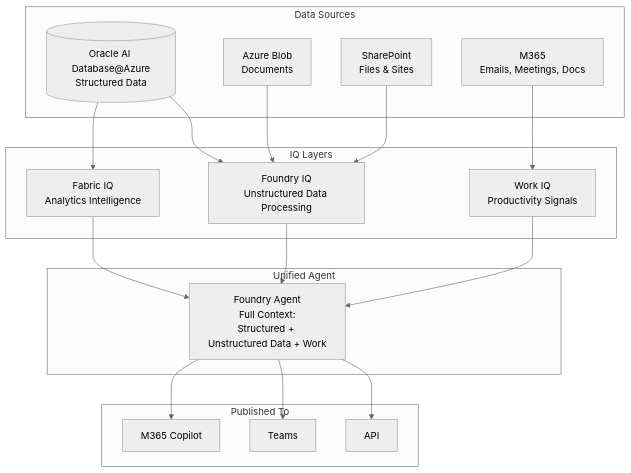
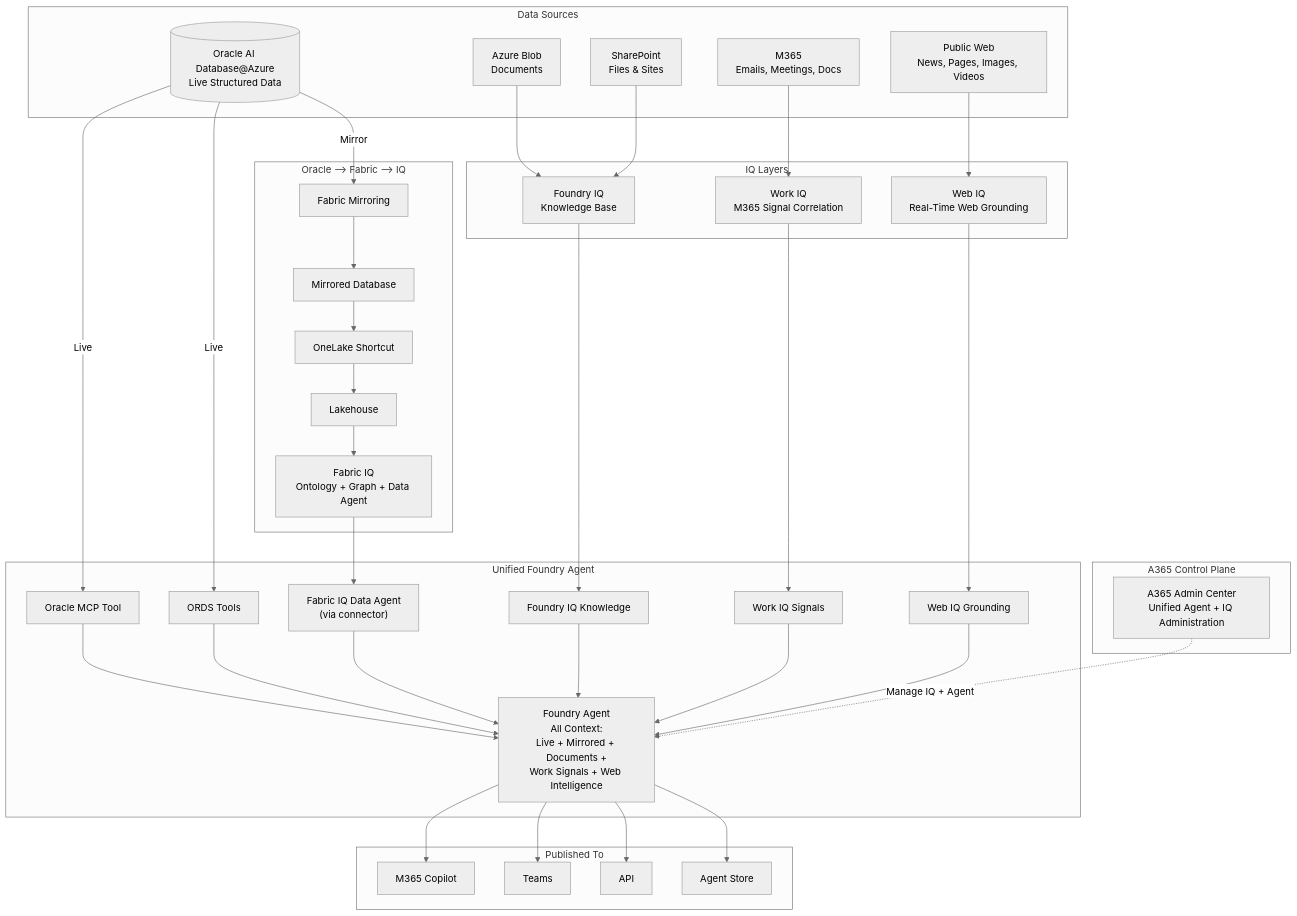
Diagram 19 of 19 in docs/02-reference-architectures.md (Azure/Oracle-AI-Database-at-Azure), drawn with Mermaid (neutral theme) before and after one commit. The commit also changed other lines of this file, not shown here.

Commit message:
Align reference architecture numbering and diagrams

````diff
--- a/docs/02-reference-architectures.md
+++ b/docs/02-reference-architectures.md
@@ -967,37 +1146,72 @@
 ```mermaid
 graph TB
  subgraph DataSources["Data Sources"]
- ORA[("Oracle AI Database@Azure<br/>Structured Data")]
+ ORA[("Oracle AI Database@Azure<br/>Live Structured Data")]
  BLOB["Azure Blob<br/>Documents"]
  SP["SharePoint<br/>Files & Sites"]
  M365D["M365<br/>Emails, Meetings, Docs"]
+ WEB["Public Web<br/>News, Pages, Images, Videos"]
+ end
+
+ subgraph MirrorPath["Oracle --> Fabric --> IQ"]
+ MIRROR["Fabric Mirroring"]
+ MDB["Mirrored Database"]
+ SC["OneLake Shortcut"]
+ LH["Lakehouse"]
+ FIQ["Fabric IQ<br/>Ontology + Graph + Data Agent"]
  end
 
  subgraph IQLayers["IQ Layers"]
- FIQ["Fabric IQ<br/>Analytics Intelligence"]
- FOIQ["Foundry IQ<br/>Unstructured Data Processing"]
- WIQ["Work IQ<br/>Productivity Signals"]
+ FOIQ["Foundry IQ<br/>Knowledge Base"]
+ WIQ["Work IQ<br/>M365 Signal Correlation"]
+ WEBIQ["Web IQ<br/>Real-Time Web Grounding"]
  end
 
- subgraph Agent["Unified Agent"]
- UA["Foundry Agent<br/>Full Context:<br/>Structured + Unstructured Data + Work"]
+ subgraph Agent["Unified Foundry Agent"]
+ UA["Foundry Agent<br/>All Context:<br/>Live + Mirrored + Documents +<br/>Work Signals + Web Intelligence"]
+ MCP_T["Oracle MCP Tool"]
+ ORDS_T["ORDS Tools"]
+ FIQ_T["Fabric IQ Data Agent<br/>(via connector)"]
+ IQ_K["Foundry IQ Knowledge"]
+ WIQ_S["Work IQ Signals"]
+ WEBIQ_T["Web IQ Grounding"]
  end
 
  subgraph Publish["Published To"]
  COP["M365 Copilot"]
  TEAMS["Teams"]
  API["API"]
+ STORE["Agent Store"]
  end
 
- ORA --> FIQ
- ORA --> FOIQ
+ subgraph Governance["A365 Control Plane"]
+ A365["A365 Admin Center<br/>Unified Agent + IQ Administration"]
+ end
+
+ ORA -->|Live| MCP_T
+ ORA -->|Live| ORDS_T
+ ORA -->|Mirror| MIRROR
+ MIRROR --> MDB
+ MDB --> SC
+ SC --> LH
+ LH --> FIQ
+ FIQ --> FIQ_T
  BLOB --> FOIQ
  SP --> FOIQ
+ FOIQ --> IQ_K
  M365D --> WIQ
- FIQ --> UA
- FOIQ --> UA
- WIQ --> UA
+ WIQ --> WIQ_S
+ WEB --> WEBIQ
+ WEBIQ --> WEBIQ_T
+ MCP_T --> UA
+ ORDS_T --> UA
+ FIQ_T --> UA
+ IQ_K --> UA
+ WIQ_S --> UA
+ WEBIQ_T --> UA
  UA --> COP
  UA --> TEAMS
  UA --> API
+ UA --> STORE
+ A365 -.->|Manage IQ + Agent| UA
 ```
````
